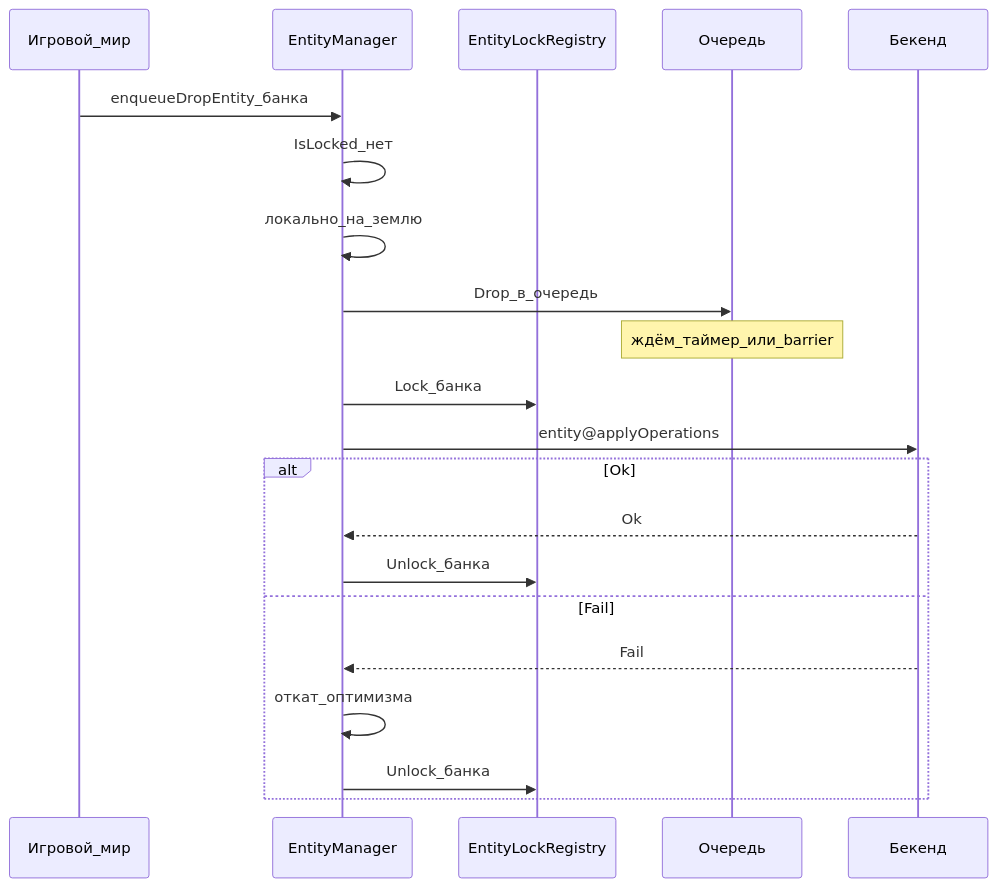
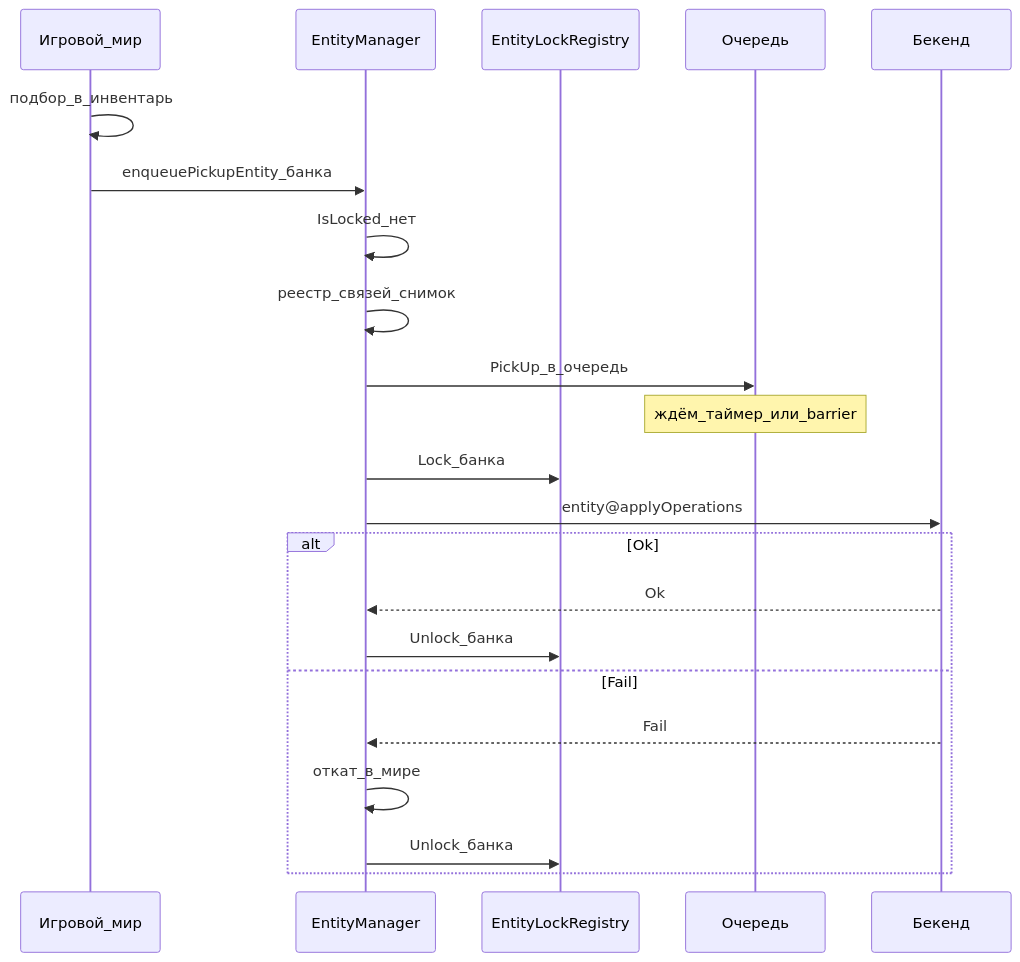
Before and after one commit to EvGenius91/arma-r-arch: the diagram in Architecture/EntityManager.Operations.md, drawn with Mermaid. The commit also changed other lines of this file and 7 other files, not shown here.

````diff
--- a/Architecture/EntityManager.Operations.md
+++ b/Architecture/EntityManager.Operations.md
@@ -96,24 +98,25 @@
 ```mermaid
 sequenceDiagram
     participant World as Игровой_мир
     participant EM as EntityManager
     participant Lock as EntityLockRegistry
     participant Q as Очередь
     participant BE as Бекенд
 
-    World->>EM: enqueueDropEntity_банка
+    World->>World: подбор_в_инвентарь
+    World->>EM: enqueuePickupEntity_банка
     EM->>EM: IsLocked_нет
-    EM->>EM: локально_на_землю
-    EM->>Q: Drop_в_очередь
+    EM->>EM: реестр_связей_снимок
+    EM->>Q: PickUp_в_очередь
     Note over Q: ждём_таймер_или_barrier
     EM->>Lock: Lock_банка
     EM->>BE: entity@applyOperations
     alt Ok
         BE-->>EM: Ok
         EM->>Lock: Unlock_банка
     else Fail
         BE-->>EM: Fail
-        EM->>EM: откат_оптимизма
+        EM->>EM: откат_в_мире
         EM->>Lock: Unlock_банка
     end
 ```
````
